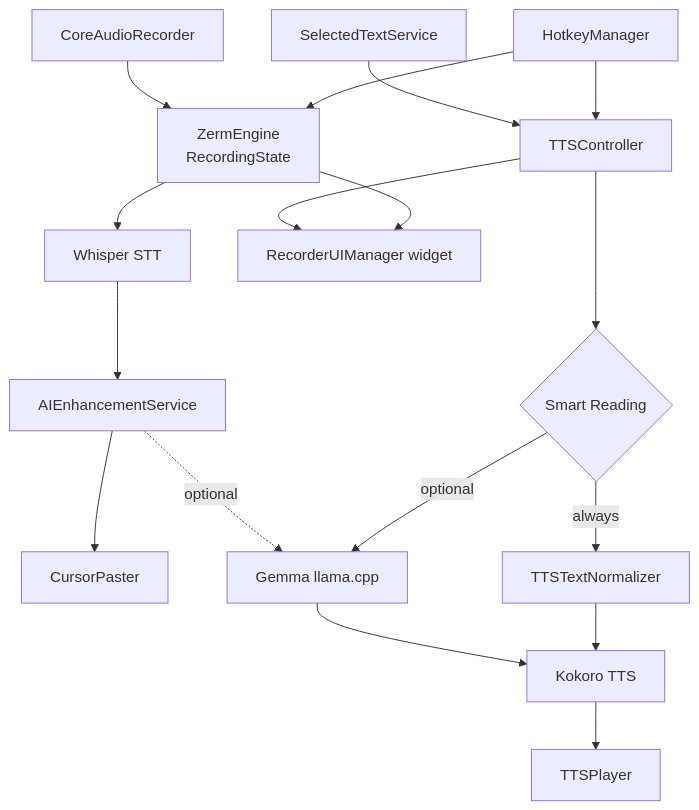
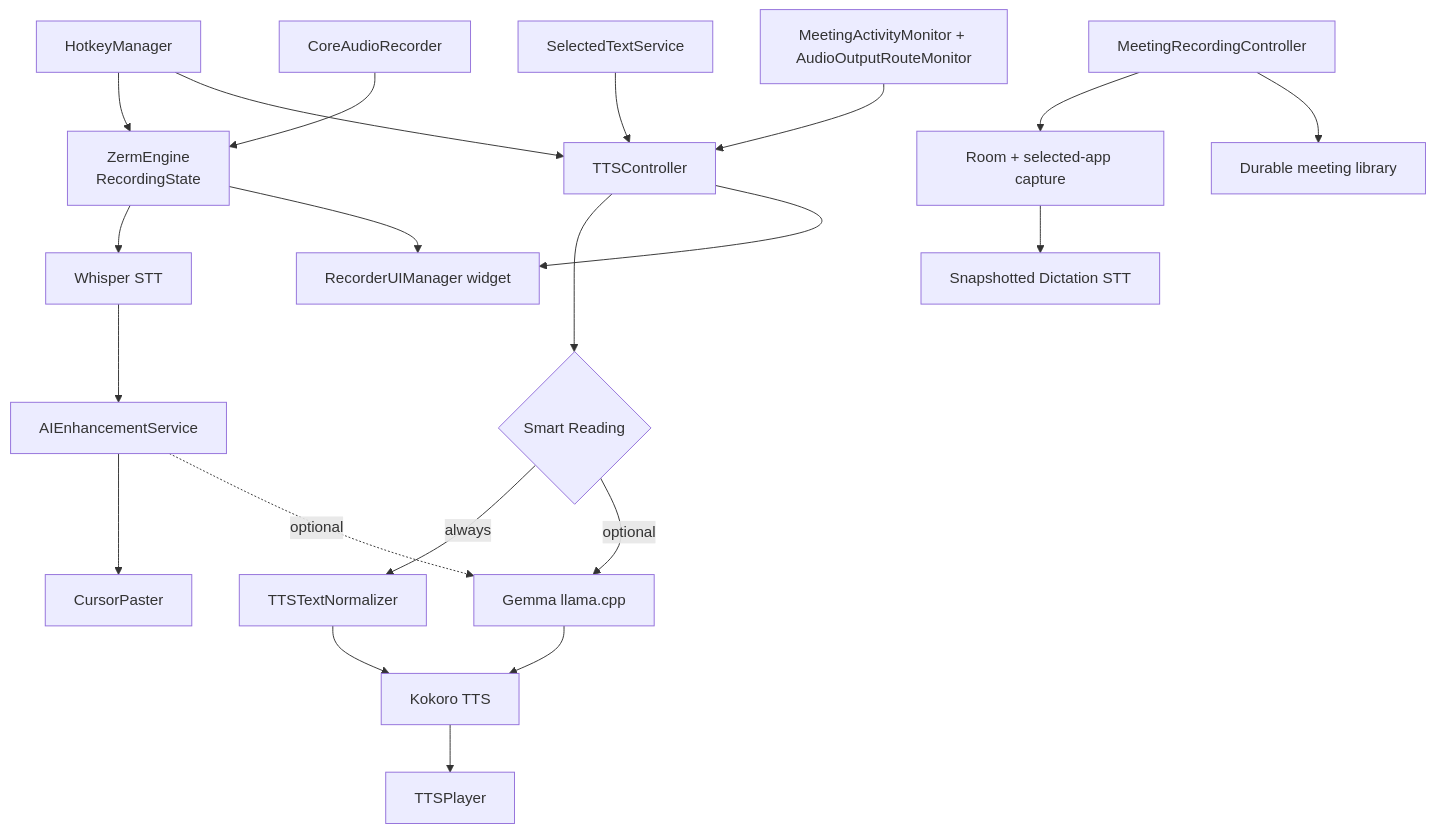
The first of 2 diagrams in Notebook/Zerm Architecture.md (arcusis/Zerm), drawn with Mermaid before and after one commit. The commit also changed other lines of this file and 102 other files, not shown here.

Commit message:
feat: rebuild meeting recording for 2.8.2

````diff
--- a/Notebook/Zerm Architecture.md
+++ b/Notebook/Zerm Architecture.md
@@ -7,16 +7,20 @@
 ```mermaid
 flowchart TB
     HK[HotkeyManager] --> ENG[ZermEngine<br/>RecordingState]
     MIC[CoreAudioRecorder] --> ENG
     ENG --> STT[Whisper STT] --> ENH[AIEnhancementService] --> PASTE[CursorPaster]
     HK --> TC[TTSController]
     SEL[SelectedTextService] --> TC
     TC --> SR{Smart Reading}
     SR -->|always| NORM[TTSTextNormalizer]
     SR -->|optional| LLM[Gemma llama.cpp]
     NORM --> TTS[Kokoro TTS] --> PLAY[TTSPlayer]
     LLM --> TTS
     ENH -.optional.-> LLM
     ENG --> UI[RecorderUIManager widget]
     TC --> UI
+    MC[MeetingRecordingController] --> CAP[Room + selected-app capture]
+    CAP --> MSTT[Snapshotted Dictation STT]
+    MC --> LIB[Durable meeting library]
+    MON[MeetingActivityMonitor + AudioOutputRouteMonitor] --> TC
 ```
````
